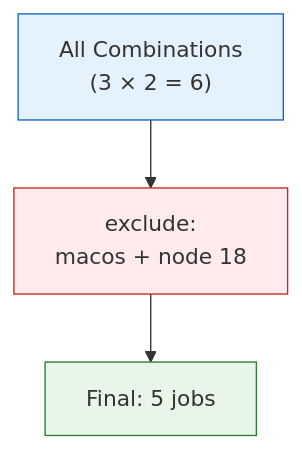
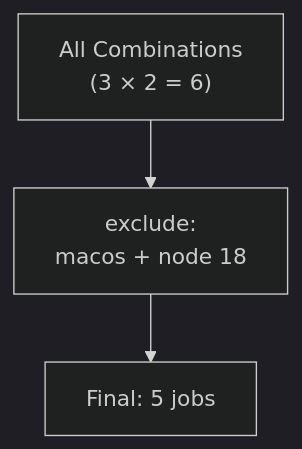
The second of 4 diagrams in 11-matrix-and-conditionals/README.md (vishutyagi0210/github-ci-cd-with-labs), drawn with Mermaid before and after one commit. The commit also changed other lines of this file and 13 other files, not shown here.

Commit message:
fix: switch all mermaid diagrams to dark theme for better readability

````diff
--- a/11-matrix-and-conditionals/README.md
+++ b/11-matrix-and-conditionals/README.md
@@ -89,9 +85,7 @@
 ```mermaid
+%%{init: {"theme": "dark"}}%%
 graph TD
     ALL["All Combinations<br/>(3 × 2 = 6)"] --> EXCLUDE["exclude:<br/>macos + node 18"]
     EXCLUDE --> FINAL["Final: 5 jobs"]
 
-    style ALL fill:#e3f2fd,stroke:#1565c0
-    style EXCLUDE fill:#ffebee,stroke:#c62828
-    style FINAL fill:#e8f5e9,stroke:#2e7d32
 ```
````
